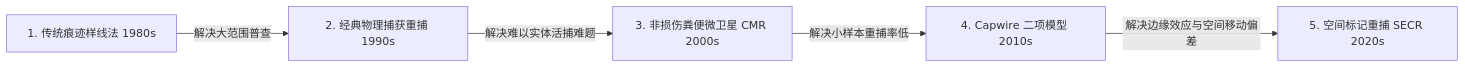
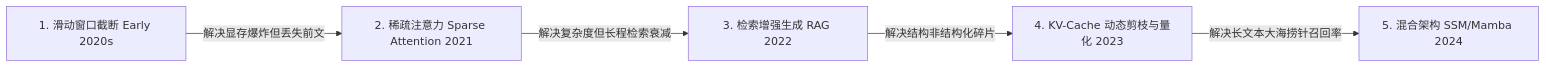
One commit to Daylily-Huang/ScholarFlow changed the diagram in skills/literature-synthesis/references/school_and_paradigm_mapping.md. Above: the diagram before and after it, drawn with Mermaid. The commit also changed other lines of this file and 31 other files, not shown here.

````diff
--- a/skills/literature-synthesis/references/school_and_paradigm_mapping.md
+++ b/skills/literature-synthesis/references/school_and_paradigm_mapping.md
@@ -46,7 +55,7 @@
 ```mermaid
 flowchart LR
-    M1[1. 传统痕迹样线法 1980s] -->|解决大范围普查| M2[2. 经典物理捕获重捕 1990s]
-    M2 -->|解决难以实体活捕难题| M3[3. 非损伤粪便微卫星 CMR 2000s]
-    M3 -->|解决小样本重捕率低| M4[4. Capwire 二项模型 2010s]
-    M4 -->|解决边缘效应与空间移动偏差| M5[5. 空间标记重捕 SECR 2020s]
+    M1[1. 滑动窗口截断 Early 2020s] -->|解决显存爆炸但丢失前文| M2[2. 稀疏注意力 Sparse Attention 2021]
+    M2 -->|解决复杂度但长程检索衰减| M3[3. 检索增强生成 RAG 2022]
+    M3 -->|解决结构非结构化碎片| M4[4. KV-Cache 动态剪枝与量化 2023]
+    M4 -->|解决长文本大海捞针召回率| M5[5. 混合架构 SSM/Mamba 2024]
 ```
````
